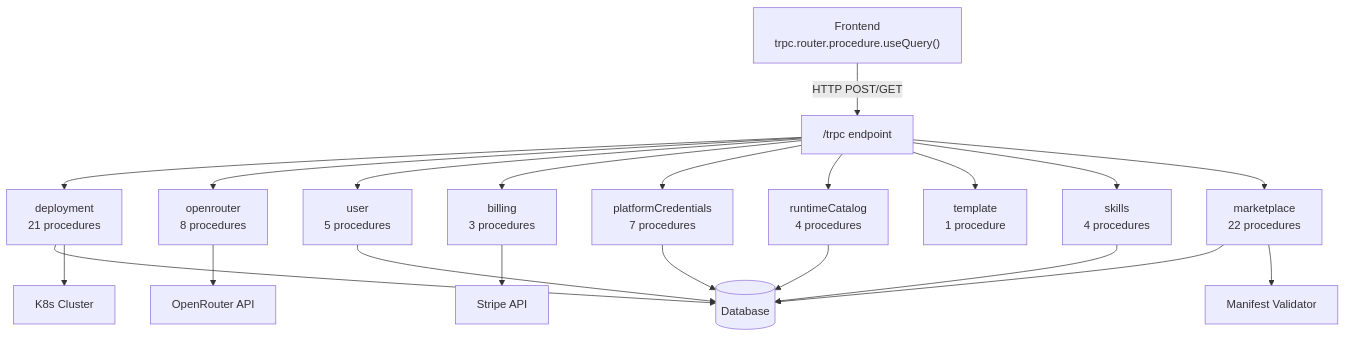
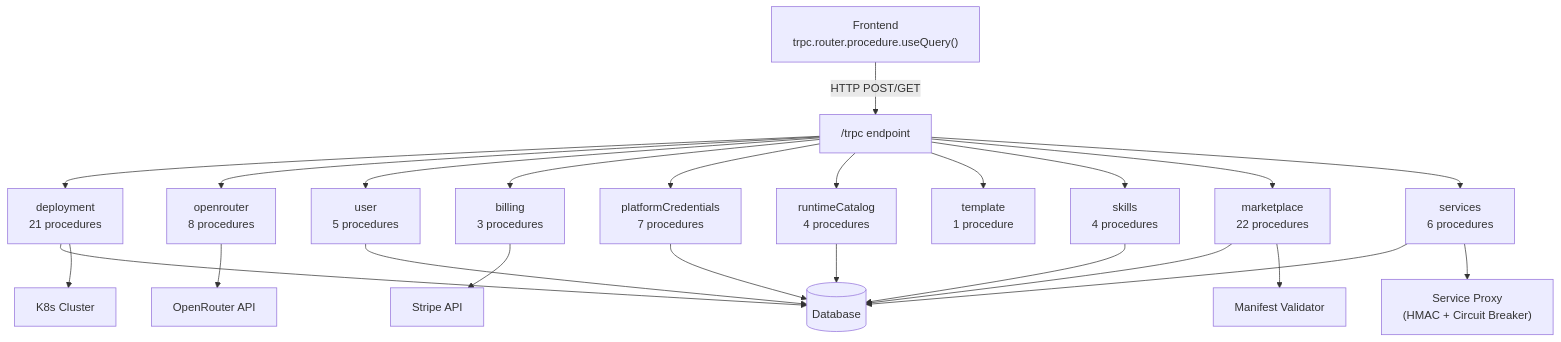
Before and after one commit to Bretthb/jarble: the fourth of 15 diagrams in API-ENDPOINTS.md, drawn with Mermaid. The commit also changed other lines of this file and 39 other files, not shown here.

````diff
--- a/API-ENDPOINTS.md
+++ b/API-ENDPOINTS.md
@@ -156,25 +157,28 @@
 ```mermaid
 graph TD
     CLIENT["Frontend<br/>trpc.router.procedure.useQuery()"] -->|"HTTP POST/GET"| TRPC["/trpc endpoint"]
 
     TRPC --> DEPLOYMENT["deployment<br/>21 procedures"]
     TRPC --> OPENROUTER["openrouter<br/>8 procedures"]
     TRPC --> USER["user<br/>5 procedures"]
     TRPC --> BILLING["billing<br/>3 procedures"]
     TRPC --> PLATCREDS["platformCredentials<br/>7 procedures"]
     TRPC --> RUNTIME_CAT["runtimeCatalog<br/>4 procedures"]
     TRPC --> TEMPLATE["template<br/>1 procedure"]
     TRPC --> SKILLS["skills<br/>4 procedures"]
     TRPC --> MARKETPLACE["marketplace<br/>22 procedures"]
+    TRPC --> SERVICES["services<br/>6 procedures"]
 
     DEPLOYMENT --> DB[("Database")]
     DEPLOYMENT --> K8S["K8s Cluster"]
     OPENROUTER --> OR_API["OpenRouter API"]
     BILLING --> STRIPE_API["Stripe API"]
     PLATCREDS --> DB
     USER --> DB
     RUNTIME_CAT --> DB
     SKILLS --> DB
     MARKETPLACE --> DB
     MARKETPLACE --> MFVAL["Manifest Validator"]
+    SERVICES --> DB
+    SERVICES --> SVCPROXY["Service Proxy<br/>(HMAC + Circuit Breaker)"]
 ```
````
